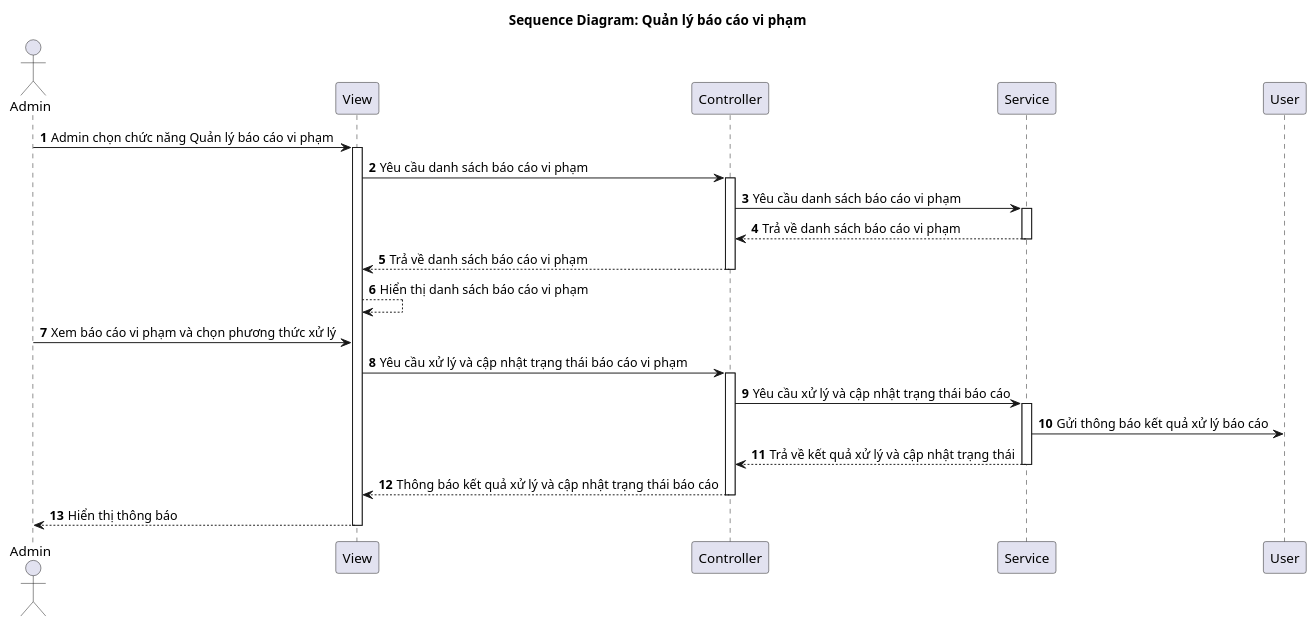
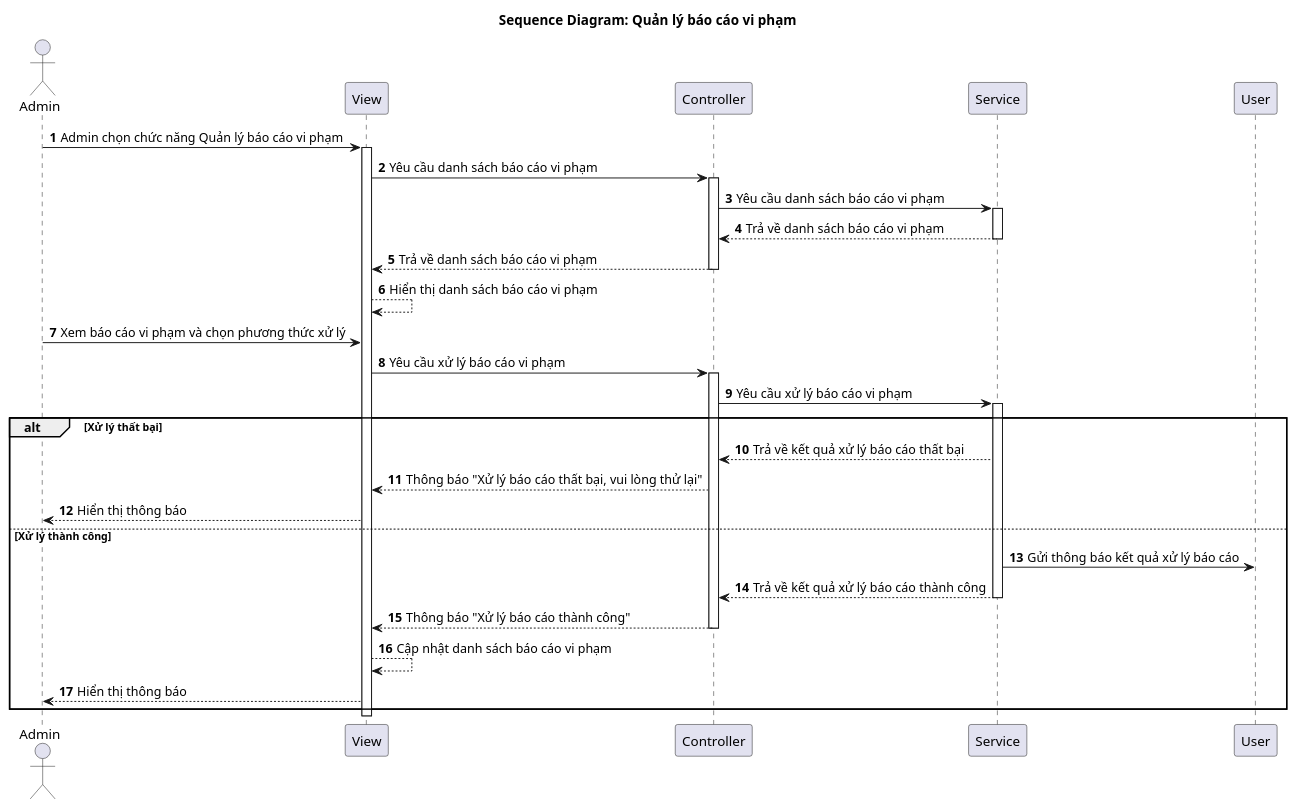
Before and after one commit to vinh047/soundwave: the diagram in Diagrams/SequenceDiagram/ManageReportSD.plantuml, drawn with PlantUML. The commit also changed 29 other files, not shown here.

```diff
--- a/Diagrams/SequenceDiagram/ManageReportSD.plantuml
+++ b/Diagrams/SequenceDiagram/ManageReportSD.plantuml
@@ -1,37 +1,45 @@
 @startuml SD
 
 actor "Admin" as Admin
 participant "View" as View
 participant "Controller" as Controller
 participant "Service" as Service
 participant "User" as User
 
 title Sequence Diagram: Quản lý báo cáo vi phạm
 
 autonumber
 
 Admin -> View: Admin chọn chức năng Quản lý báo cáo vi phạm
 activate View
 View -> Controller: Yêu cầu danh sách báo cáo vi phạm
 activate Controller
 Controller -> Service: Yêu cầu danh sách báo cáo vi phạm
 activate Service
 Service --> Controller: Trả về danh sách báo cáo vi phạm
 deactivate Service
 Controller --> View: Trả về danh sách báo cáo vi phạm
 deactivate Controller
 View --> View: Hiển thị danh sách báo cáo vi phạm
 
 Admin -> View: Xem báo cáo vi phạm và chọn phương thức xử lý
-View -> Controller: Yêu cầu xử lý và cập nhật trạng thái báo cáo vi phạm
+View -> Controller: Yêu cầu xử lý báo cáo vi phạm
 activate Controller
-Controller -> Service: Yêu cầu xử lý và cập nhật trạng thái báo cáo
+Controller -> Service: Yêu cầu xử lý báo cáo vi phạm
 activate Service
-Service -> User: Gửi thông báo kết quả xử lý báo cáo
-Service --> Controller: Trả về kết quả xử lý và cập nhật trạng thái
-deactivate Service
-Controller --> View: Thông báo kết quả xử lý và cập nhật trạng thái báo cáo
-deactivate Controller
-View --> Admin: Hiển thị thông báo
+
+alt Xử lý thất bại
+    Service --> Controller: Trả về kết quả xử lý báo cáo thất bại
+    Controller --> View: Thông báo "Xử lý báo cáo thất bại, vui lòng thử lại"
+    View --> Admin: Hiển thị thông báo
+else Xử lý thành công
+    Service -> User: Gửi thông báo kết quả xử lý báo cáo
+    Service --> Controller: Trả về kết quả xử lý báo cáo thành công
+    deactivate Service
+    Controller --> View: Thông báo "Xử lý báo cáo thành công"
+    deactivate Controller
+    View --> View: Cập nhật danh sách báo cáo vi phạm
+    View --> Admin: Hiển thị thông báo
+end
 deactivate View
 @enduml
```
